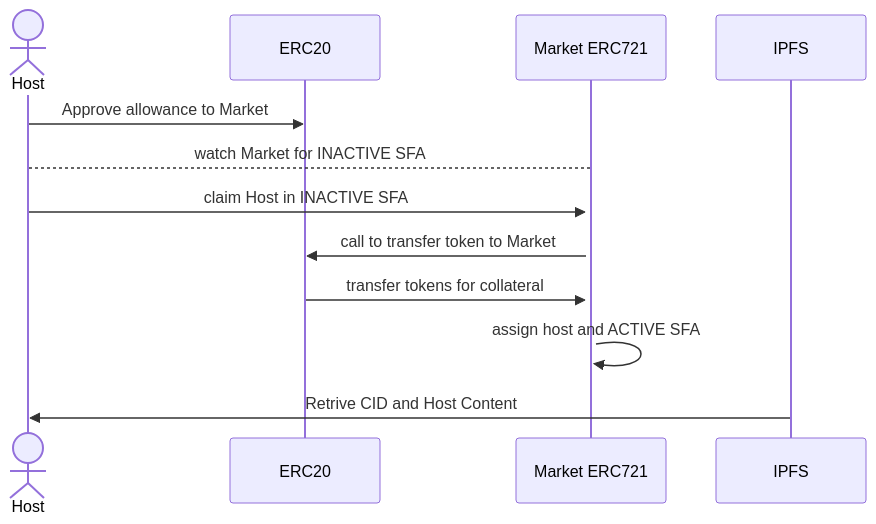
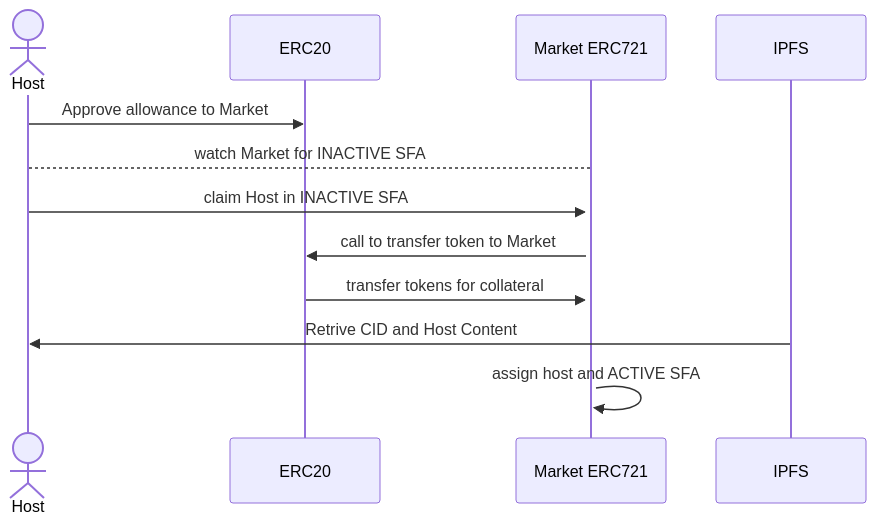
The second of 6 diagrams in whitepaper.md (DSMarket/whitepaper), drawn with Mermaid before and after one commit. The commit also changed other lines of this file, not shown here.

````diff
--- a/whitepaper.md
+++ b/whitepaper.md
@@ -137,16 +146,16 @@
 ```mermaid
 sequenceDiagram
     actor H as Host
     participant T as ERC20
     participant M as Market ERC721
     participant IPFS
 
     H ->> T: Approve allowance to Market
     H --> M: watch Market for INACTIVE SFA
 
     H ->>+ M: claim Host in INACTIVE SFA
     M ->> T: call to transfer token to Market
     T ->> M: transfer tokens for collateral
+    IPFS ->> H: Retrive CID and Host Content
     M ->> M: assign host and ACTIVE SFA
-    IPFS ->> H: Retrive CID and Host Content
 ```
````
